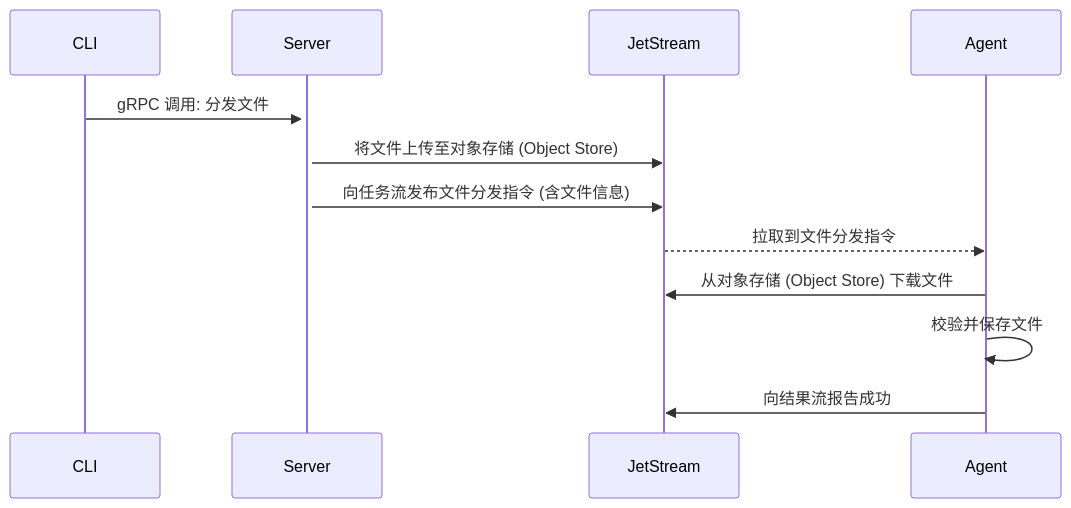
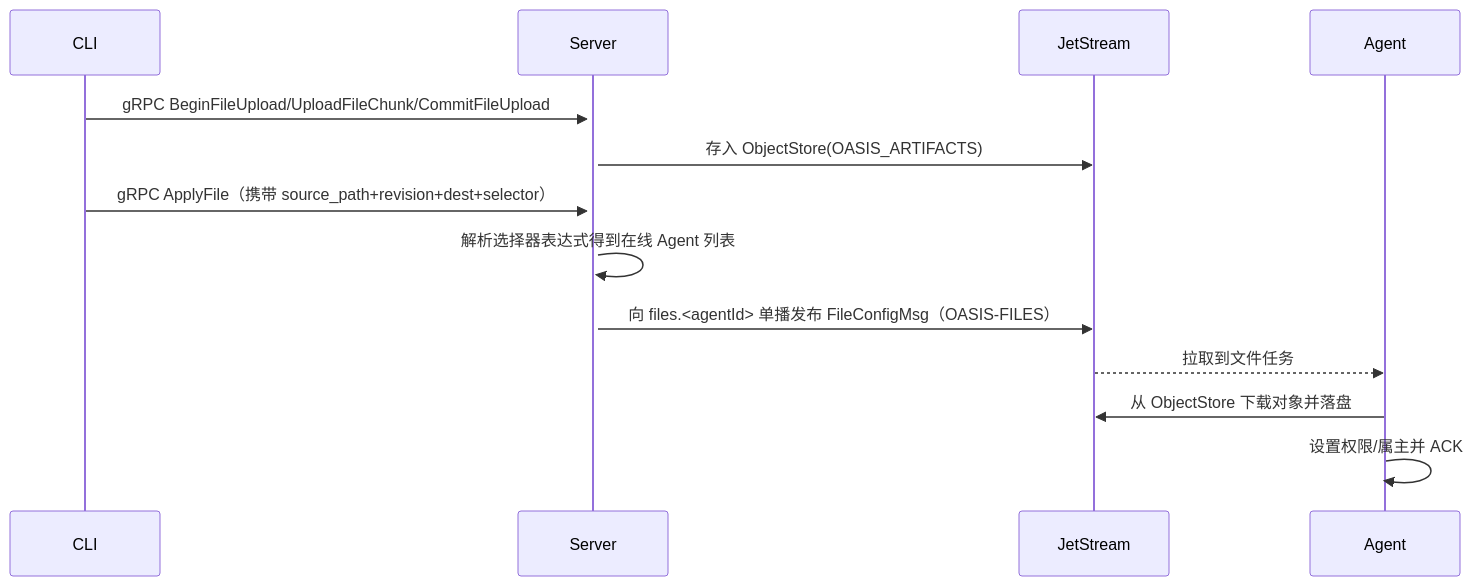
One commit to CHAK-MING/oasis changed the fifth of 5 diagrams in 大规模集群节点管理工具方案设计文档.md. Above: the diagram before and after it, drawn with Mermaid. The commit also changed other lines of this file and 46 other files, not shown here.

````diff
--- a/大规模集群节点管理工具方案设计文档.md
+++ b/大规模集群节点管理工具方案设计文档.md
@@ -276,15 +302,16 @@
 ```mermaid
 sequenceDiagram
     participant CLI
     participant Server
     participant JetStream
     participant Agent
 
-    CLI->>+Server: gRPC 调用: 分发文件
-    Server->>JetStream: 将文件上传至对象存储 (Object Store)
-    Server->>JetStream: 向任务流发布文件分发指令 (含文件信息)
-    JetStream-->>Agent: 拉取到文件分发指令
-    Agent->>JetStream: 从对象存储 (Object Store) 下载文件
-    Agent->>Agent: 校验并保存文件
-    Agent->>JetStream: 向结果流报告成功
+    CLI->>+Server: gRPC BeginFileUpload/UploadFileChunk/CommitFileUpload
+    Server->>JetStream: 存入 ObjectStore(OASIS_ARTIFACTS)
+    CLI->>Server: gRPC ApplyFile（携带 source_path+revision+dest+selector）
+    Server->>Server: 解析选择器表达式得到在线 Agent 列表
+    Server->>JetStream: 向 files.<agentId> 单播发布 FileConfigMsg（OASIS-FILES）
+    JetStream-->>Agent: 拉取到文件任务
+    Agent->>JetStream: 从 ObjectStore 下载对象并落盘
+    Agent->>Agent: 设置权限/属主并 ACK
 ```
````
